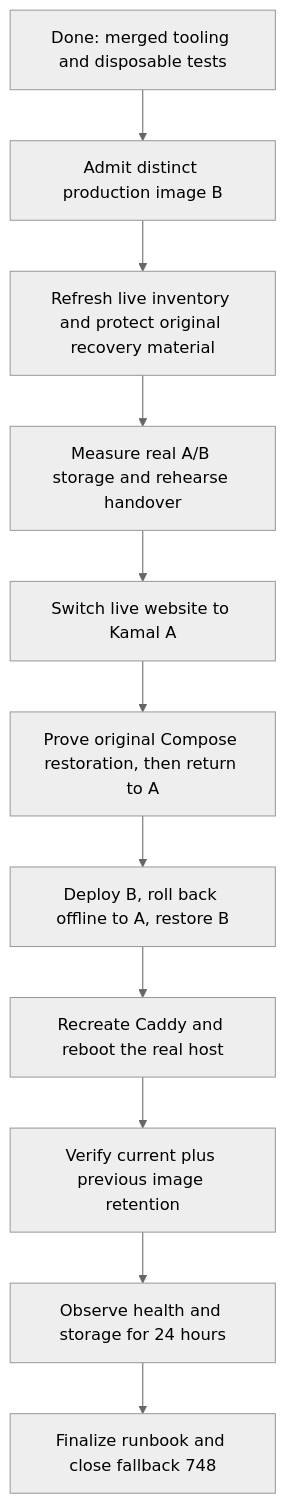
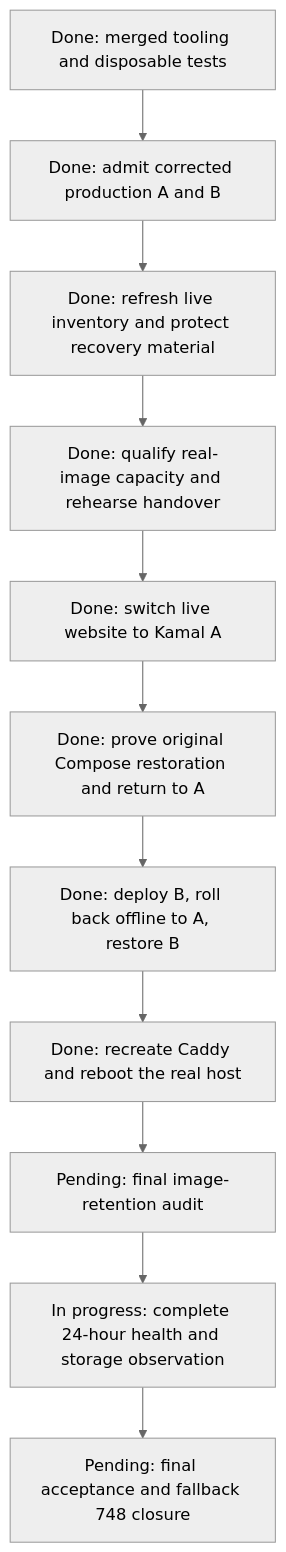
One commit to flidai/leapview changed the diagram in plan.md. Above: the diagram before and after it, drawn with Mermaid (neutral theme). The commit also changed other lines of this file and 4 other files, not shown here.

Commit message:
docs(deploy): record live public-site rollout evidence

````diff
--- a/plan.md
+++ b/plan.md
@@ -70,13 +95,13 @@
 ```mermaid
 flowchart TD
-    A[Done: merged tooling and disposable tests] --> B[Admit distinct production image B]
-    B --> C[Refresh live inventory and protect original recovery material]
-    C --> D[Measure real A/B storage and rehearse handover]
-    D --> E[Switch live website to Kamal A]
-    E --> F[Prove original Compose restoration, then return to A]
-    F --> G[Deploy B, roll back offline to A, restore B]
-    G --> H[Recreate Caddy and reboot the real host]
-    H --> I[Verify current plus previous image retention]
-    I --> J[Observe health and storage for 24 hours]
-    J --> K[Finalize runbook and close fallback 748]
+    A[Done: merged tooling and disposable tests] --> B[Done: admit corrected production A and B]
+    B --> C[Done: refresh live inventory and protect recovery material]
+    C --> D[Done: qualify real-image capacity and rehearse handover]
+    D --> E[Done: switch live website to Kamal A]
+    E --> F[Done: prove original Compose restoration and return to A]
+    F --> G[Done: deploy B, roll back offline to A, restore B]
+    G --> H[Done: recreate Caddy and reboot the real host]
+    H --> I[Pending: final image-retention audit]
+    I --> J[In progress: complete 24-hour health and storage observation]
+    J --> K[Pending: final acceptance and fallback 748 closure]
 ```
````
